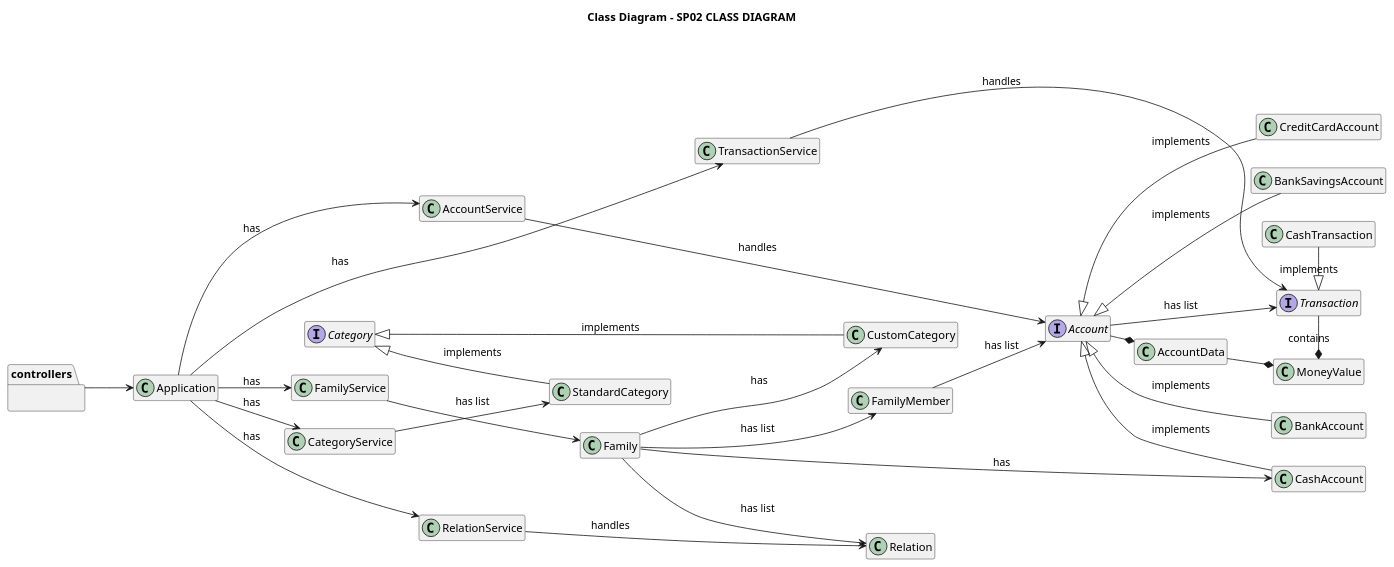
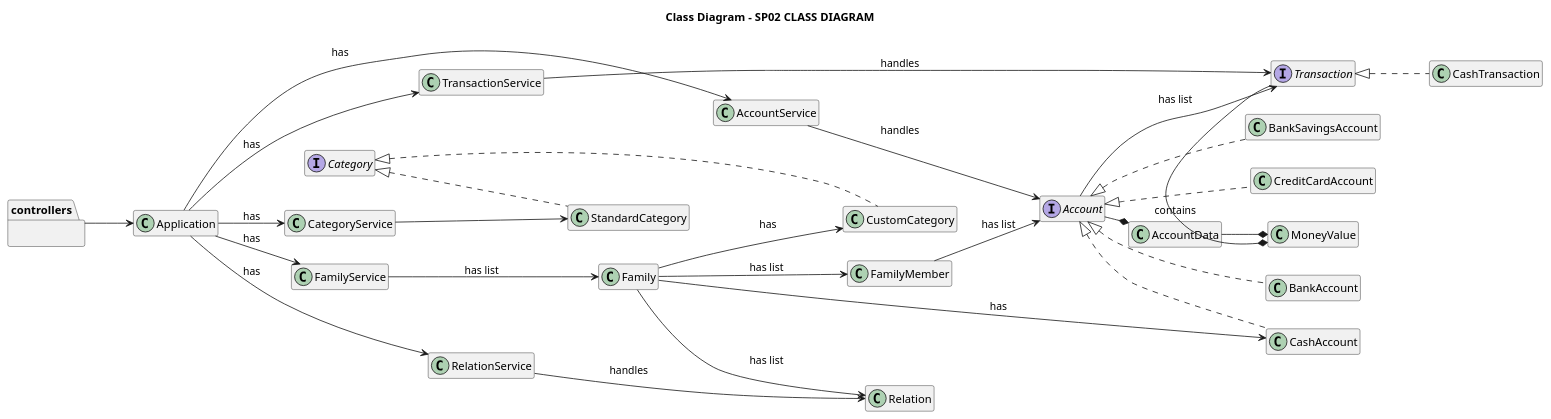
One commit to tomas-osswald/switch_2020_g3 changed the first of 2 diagrams in docs/sprint2/diagrams/ClassDiagramNew.md. Above: the diagram before and after it, drawn with PlantUML. The commit also changed other lines of this file and 3 other files, not shown here.

Commit message:
Class Diagrams, Domain Model, Presentation_CD

````diff
--- a/docs/sprint2/diagrams/ClassDiagramNew.md
+++ b/docs/sprint2/diagrams/ClassDiagramNew.md
@@ -1,7 +1,7 @@
 ```puml
 left to right direction
 title Class Diagram - SP02 CLASS DIAGRAM
-'skinparam linetype ortho
+
 
 hide empty members
 
@@ -75,21 +75,22 @@
 Family --> CashAccount : has
 Family --> CustomCategory : \n\n has
 Family --> FamilyMember : has list
-Category <|-- StandardCategory : implements
-Category <|-- CustomCategory : implements
+
+class StandardCategory implements Category
+class CustomCategory implements Category
 FamilyMember --> Account : has list
-Account <|-- CashAccount : implements
-Account <|-- CreditCardAccount : implements
-Account <|-- BankSavingsAccount : implements
-Account <|-- BankAccount: implements
+class CashAccount implements Account
+class BankAccount implements Account
+class BankSavingsAccount implements Account
+class CreditCardAccount implements Account
+
 Account -* AccountData : contains
 AccountService --> Account: handles
 Family --> Relation : has list
 RelationService --> Relation : handles
-Transaction <|-left- CashTransaction : implements
+class CashTransaction implements Transaction
 TransactionService --> Transaction: handles
 Account --> Transaction: has list
 AccountData -* MoneyValue : contains
 Transaction -* MoneyValue : contains
-
 ```
````
